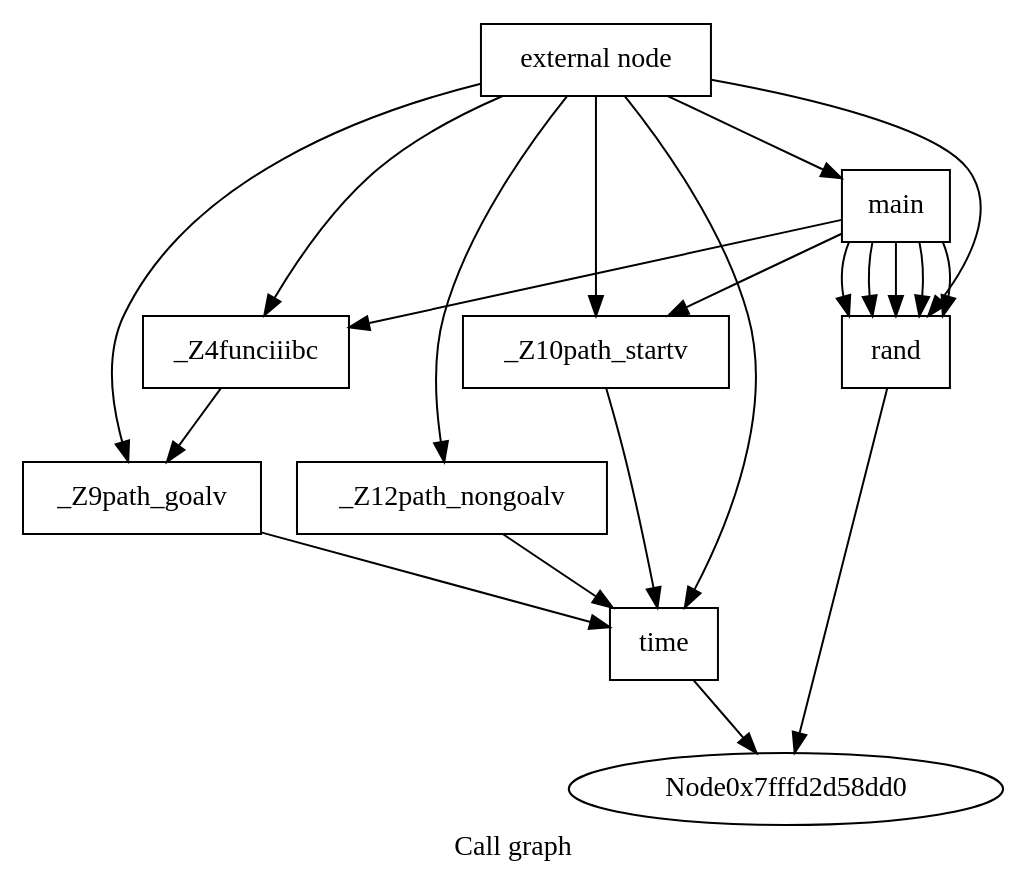
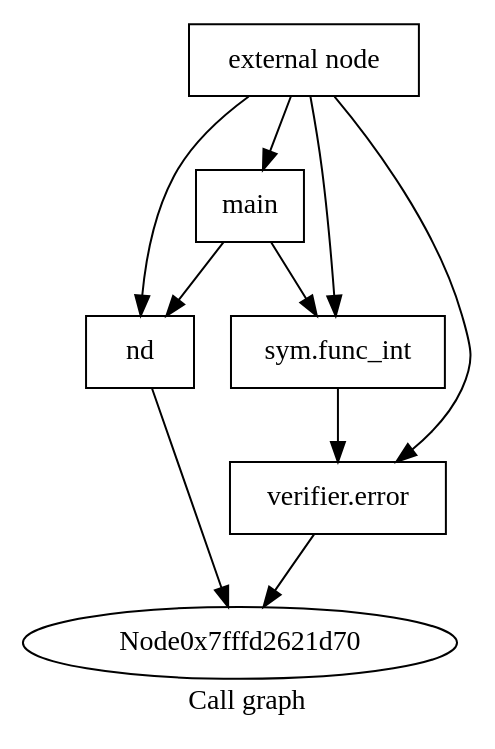
Before and after one commit to toor-de-force/ghidrall: the diagram in ghidrall/comparator/call_results/callgraph.dot, drawn with Graphviz. The commit also changed 11 other files, not shown here.

```diff
--- a/ghidrall/comparator/call_results/callgraph.dot
+++ b/ghidrall/comparator/call_results/callgraph.dot
@@ -1,32 +1,18 @@
 digraph "Call graph" {
 	label="Call graph";
 
-	Node0x7fffd2d58630 [shape=record,label="{external node}"];
-	Node0x7fffd2d58630 -> Node0x7fffd2d58e40;
-	Node0x7fffd2d58630 -> Node0x7fffd2d58ee0;
-	Node0x7fffd2d58630 -> Node0x7fffd2d58fd0;
-	Node0x7fffd2d58630 -> Node0x7fffd2d59070;
-	Node0x7fffd2d58630 -> Node0x7fffd2d59540;
-	Node0x7fffd2d58630 -> Node0x7fffd2d596f0;
-	Node0x7fffd2d58630 -> Node0x7fffd2d59790;
-	Node0x7fffd2d58e40 [shape=record,label="{_Z10path_startv}"];
-	Node0x7fffd2d58e40 -> Node0x7fffd2d58ee0;
-	Node0x7fffd2d58ee0 [shape=record,label="{time}"];
-	Node0x7fffd2d58ee0 -> Node0x7fffd2d58dd0;
-	Node0x7fffd2d58fd0 [shape=record,label="{_Z9path_goalv}"];
-	Node0x7fffd2d58fd0 -> Node0x7fffd2d58ee0;
-	Node0x7fffd2d59070 [shape=record,label="{_Z12path_nongoalv}"];
-	Node0x7fffd2d59070 -> Node0x7fffd2d58ee0;
-	Node0x7fffd2d59540 [shape=record,label="{_Z4funciiibc}"];
-	Node0x7fffd2d59540 -> Node0x7fffd2d58fd0;
-	Node0x7fffd2d596f0 [shape=record,label="{main}"];
-	Node0x7fffd2d596f0 -> Node0x7fffd2d58e40;
-	Node0x7fffd2d596f0 -> Node0x7fffd2d59790;
-	Node0x7fffd2d596f0 -> Node0x7fffd2d59790;
-	Node0x7fffd2d596f0 -> Node0x7fffd2d59790;
-	Node0x7fffd2d596f0 -> Node0x7fffd2d59790;
-	Node0x7fffd2d596f0 -> Node0x7fffd2d59790;
-	Node0x7fffd2d596f0 -> Node0x7fffd2d59540;
-	Node0x7fffd2d59790 [shape=record,label="{rand}"];
-	Node0x7fffd2d59790 -> Node0x7fffd2d58dd0;
+	Node0x7fffd2621410 [shape=record,label="{external node}"];
+	Node0x7fffd2621410 -> Node0x7fffd2621de0;
+	Node0x7fffd2621410 -> Node0x7fffd2622450;
+	Node0x7fffd2621410 -> Node0x7fffd2621e80;
+	Node0x7fffd2621410 -> Node0x7fffd2621e10;
+	Node0x7fffd2621de0 [shape=record,label="{main}"];
+	Node0x7fffd2621de0 -> Node0x7fffd2621e80;
+	Node0x7fffd2621de0 -> Node0x7fffd2622450;
+	Node0x7fffd2621e80 [shape=record,label="{nd}"];
+	Node0x7fffd2621e80 -> Node0x7fffd2621d70;
+	Node0x7fffd2622450 [shape=record,label="{sym.func_int}"];
+	Node0x7fffd2622450 -> Node0x7fffd2621e10;
+	Node0x7fffd2621e10 [shape=record,label="{verifier.error}"];
+	Node0x7fffd2621e10 -> Node0x7fffd2621d70;
 }
```
